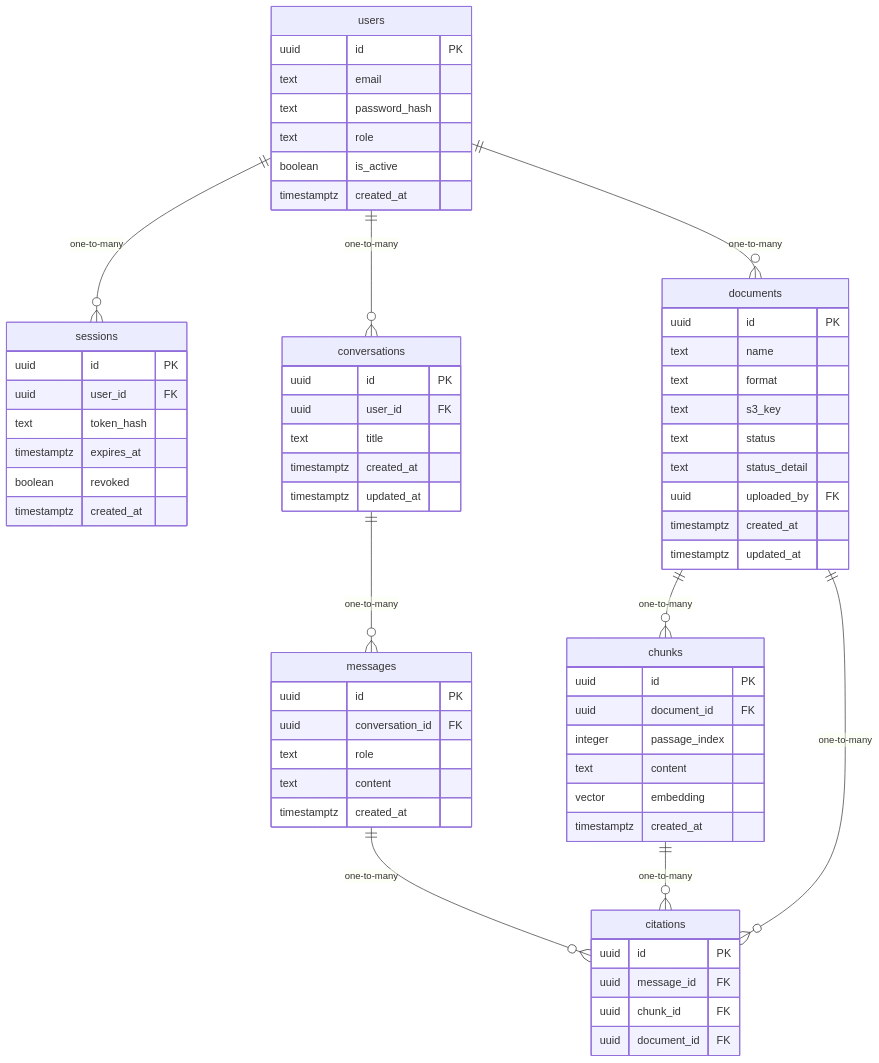
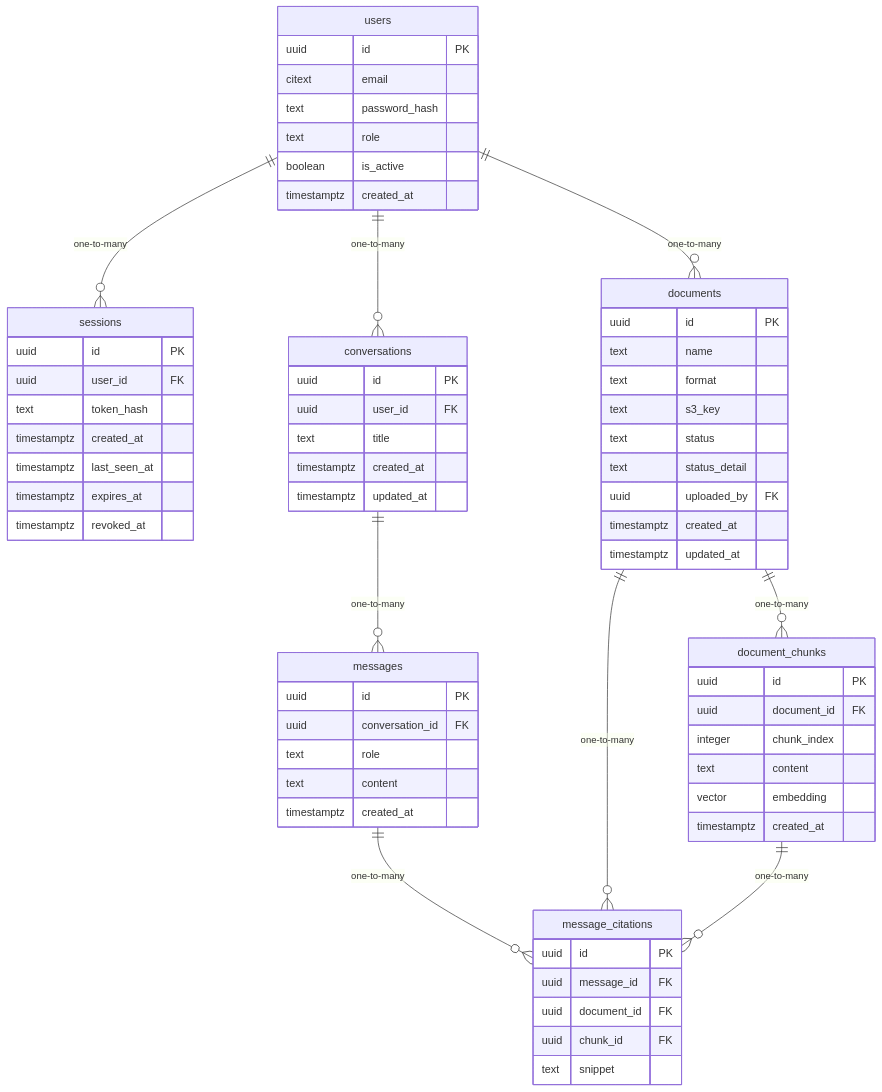
The diagram in docs/sdlc/architecture/data-model.md (saitejaquorq/blogger), drawn with Mermaid before and after one commit. The commit also changed other lines of this file and 15 other files, not shown here.

````diff
--- a/docs/sdlc/architecture/data-model.md
+++ b/docs/sdlc/architecture/data-model.md
@@ -95,66 +97,68 @@
 ```mermaid
 erDiagram
   users {
     uuid id PK
-    text email
+    citext email
     text password_hash
     text role
     boolean is_active
     timestamptz created_at
   }
   sessions {
     uuid id PK
     uuid user_id FK
     text token_hash
+    timestamptz created_at
+    timestamptz last_seen_at
     timestamptz expires_at
-    boolean revoked
-    timestamptz created_at
+    timestamptz revoked_at
   }
   documents {
     uuid id PK
     text name
     text format
     text s3_key
     text status
     text status_detail
     uuid uploaded_by FK
     timestamptz created_at
     timestamptz updated_at
   }
-  chunks {
+  document_chunks {
     uuid id PK
     uuid document_id FK
-    integer passage_index
+    integer chunk_index
     text content
     vector embedding
     timestamptz created_at
   }
   conversations {
     uuid id PK
     uuid user_id FK
     text title
     timestamptz created_at
     timestamptz updated_at
   }
   messages {
     uuid id PK
     uuid conversation_id FK
     text role
     text content
     timestamptz created_at
   }
-  citations {
+  message_citations {
     uuid id PK
     uuid message_id FK
+    uuid document_id FK
     uuid chunk_id FK
-    uuid document_id FK
+    text snippet
   }
   users ||--o{ sessions : "one-to-many"
+  users ||--o{ conversations : "one-to-many"
   users ||--o{ documents : "one-to-many"
-  users ||--o{ conversations : "one-to-many"
-  documents ||--o{ chunks : "one-to-many"
+  documents ||--o{ document_chunks : "one-to-many"
   conversations ||--o{ messages : "one-to-many"
-  messages ||--o{ citations : "one-to-many"
-  chunks ||--o{ citations : "one-to-many"
-  documents ||--o{ citations : "one-to-many"
+  messages ||--o{ message_citations : "one-to-many"
+  documents ||--o{ message_citations : "one-to-many"
+  document_chunks ||--o{ message_citations : "one-to-many"
 ```
````
